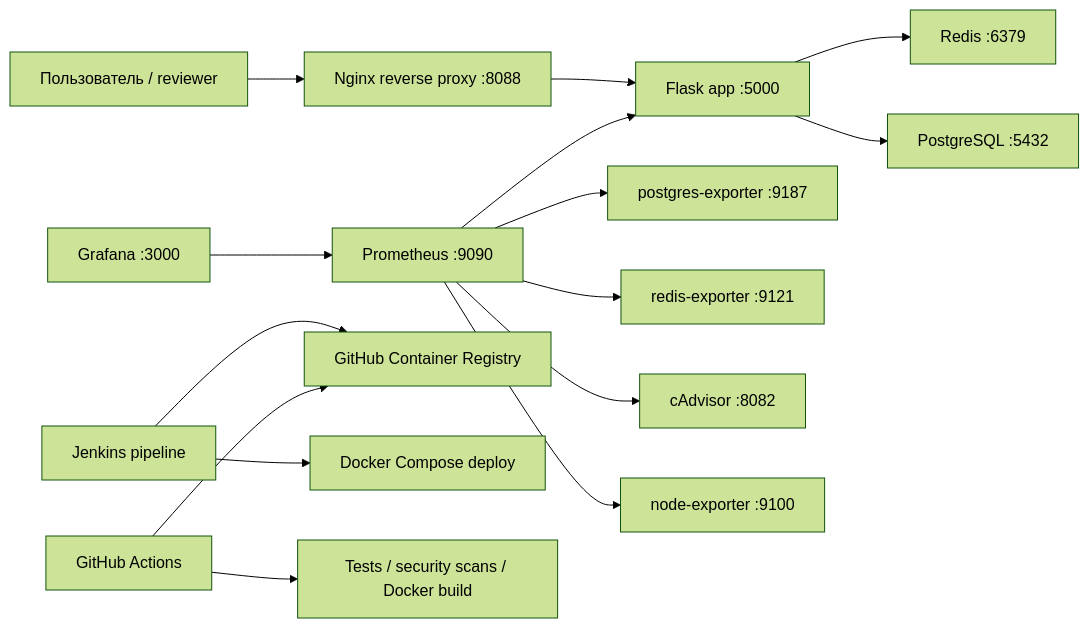
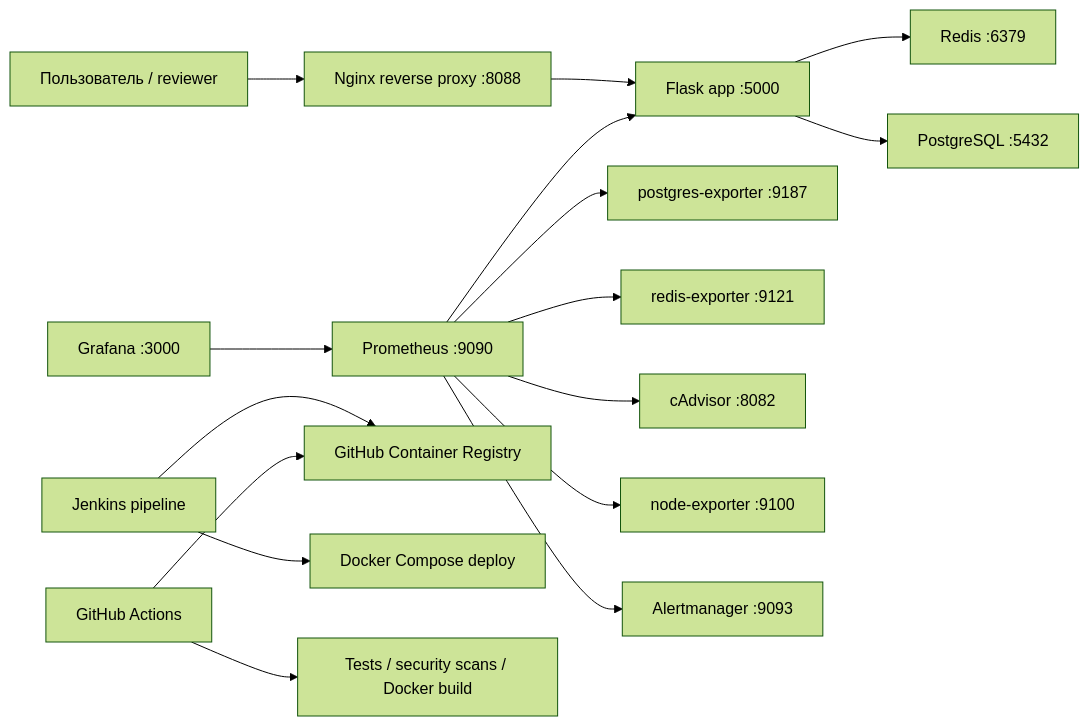
Before and after one commit to x2slow4u/my-app: the diagram in README.md, drawn with Mermaid (forest theme). The commit also changed other lines of this file and 7 other files, not shown here.

````diff
--- a/README.md
+++ b/README.md
@@ -43,17 +44,18 @@
 ```mermaid
 flowchart LR
     User["Пользователь / reviewer"] --> Nginx["Nginx reverse proxy :8088"]
     Nginx --> Web["Flask app :5000"]
     Web --> Redis["Redis :6379"]
     Web --> DB["PostgreSQL :5432"]
     Prom["Prometheus :9090"] --> Web
     Prom --> PgExp["postgres-exporter :9187"]
     Prom --> RedisExp["redis-exporter :9121"]
     Prom --> CAdvisor["cAdvisor :8082"]
     Prom --> NodeExp["node-exporter :9100"]
+    Prom --> Alertmanager["Alertmanager :9093"]
     Grafana["Grafana :3000"] --> Prom
     Jenkins["Jenkins pipeline"] --> GHCR["GitHub Container Registry"]
     Jenkins --> Compose["Docker Compose deploy"]
     Actions["GitHub Actions"] --> Tests["Tests / security scans / Docker build"]
     Actions --> GHCR
 ```
````
